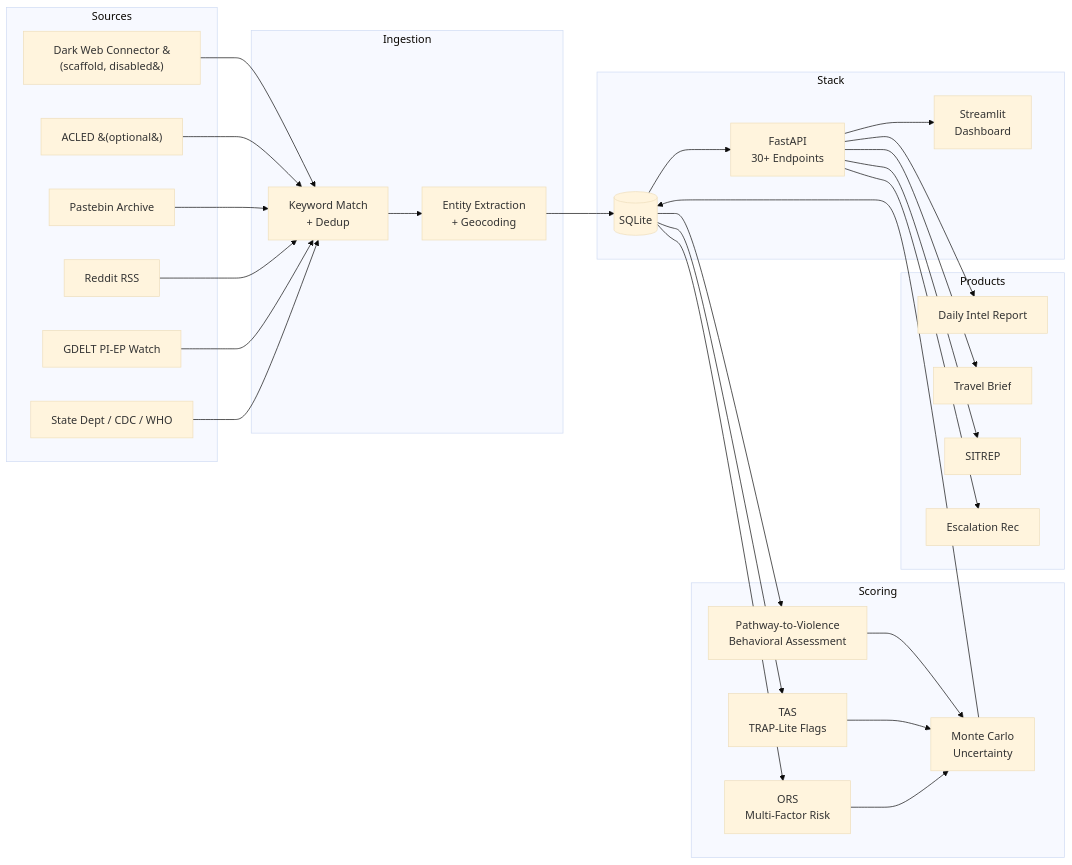
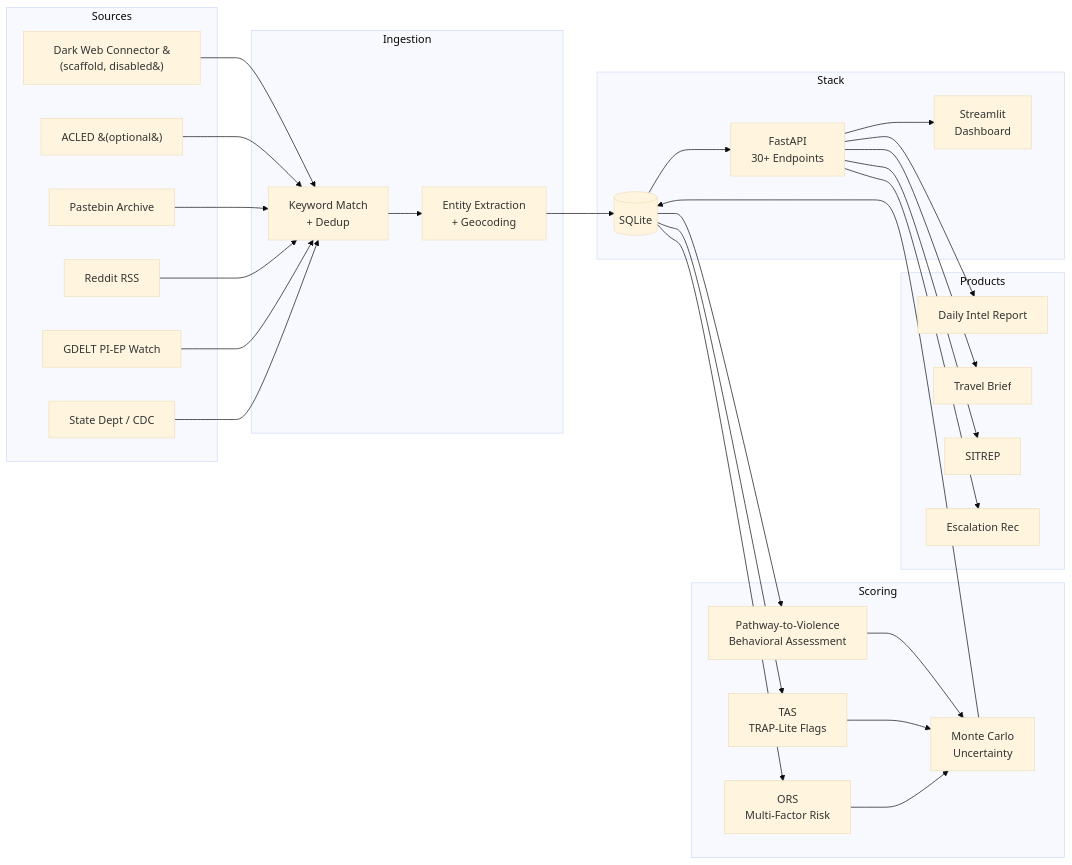
Before and after one commit to wksprojects/protective-intelligence-assistant: the diagram in README.md, drawn with Mermaid (base theme). The commit also changed other lines of this file and 6 other files, not shown here.

````diff
--- a/README.md
+++ b/README.md
@@ -32,43 +32,43 @@
 ```mermaid
 flowchart LR
     subgraph Sources
-        RSS[State Dept / CDC / WHO]
+        RSS[State Dept / CDC]
         GDELT[GDELT PI-EP Watch]
         Reddit[Reddit RSS]
         Paste[Pastebin Archive]
         ACLED[ACLED &#40;optional&#41;]
         DarkWeb[Dark Web Connector &#40;scaffold, disabled&#41;]
     end
 
     subgraph Ingestion
         Scraper[Keyword Match<br/>+ Dedup]
         Extract[Entity Extraction<br/>+ Geocoding]
     end
 
     subgraph Scoring
         ORS[ORS<br/>Multi-Factor Risk]
         TAS[TAS<br/>TRAP-Lite Flags]
         Pathway[Pathway-to-Violence<br/>Behavioral Assessment]
         MC[Monte Carlo<br/>Uncertainty]
     end
 
     subgraph Products
         Report[Daily Intel Report]
         Brief[Travel Brief]
         SITREP[SITREP]
         Escalation[Escalation Rec]
     end
 
     subgraph Stack
         DB[(SQLite)]
         API[FastAPI<br/>30+ Endpoints]
         UI[Streamlit<br/>Dashboard]
     end
 
     RSS & GDELT & Reddit & Paste & ACLED & DarkWeb --> Scraper
     Scraper --> Extract --> DB
     DB --> ORS & TAS & Pathway
     ORS & TAS & Pathway --> MC --> DB
     DB --> API --> UI
     API --> Report & Brief & SITREP & Escalation
 ```
````
